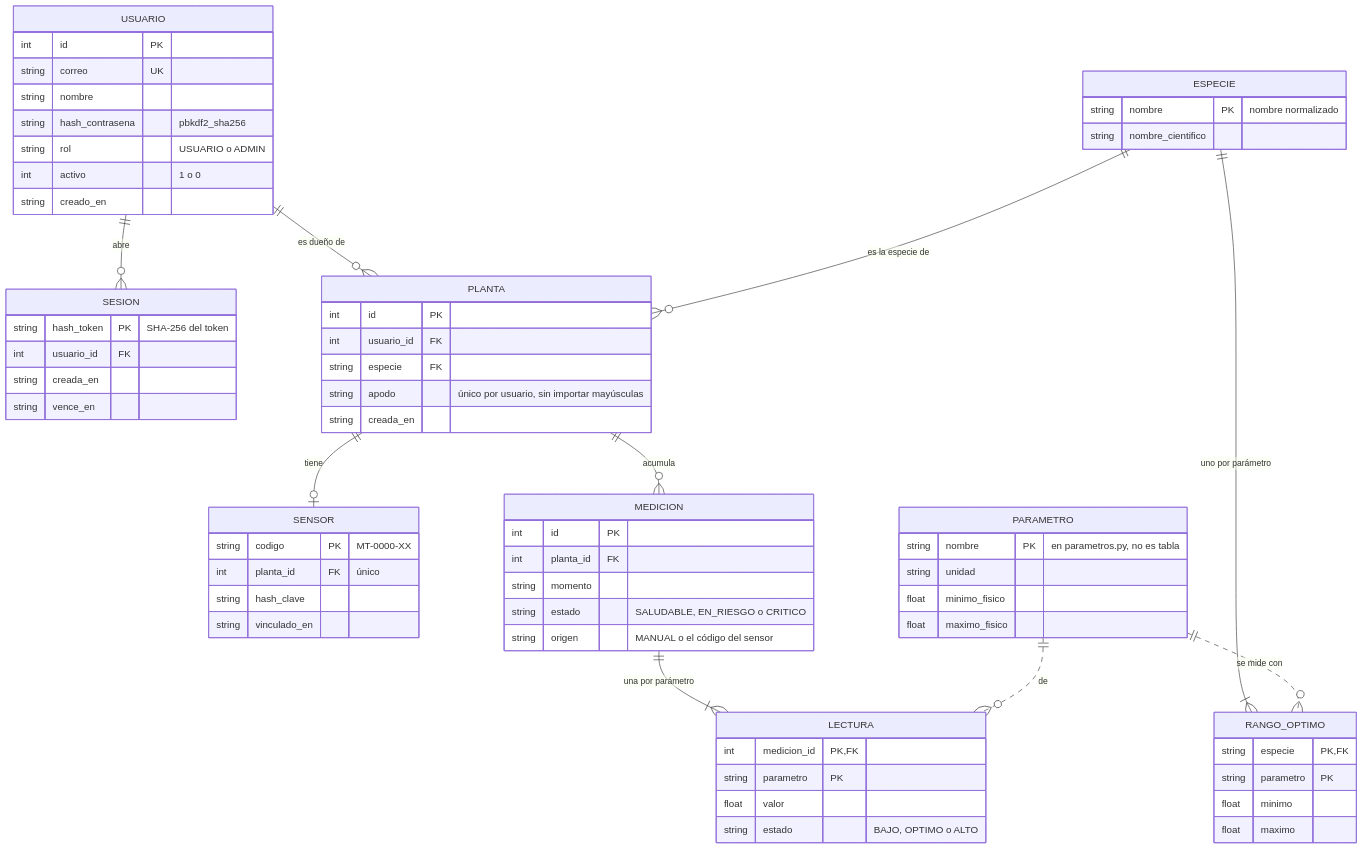
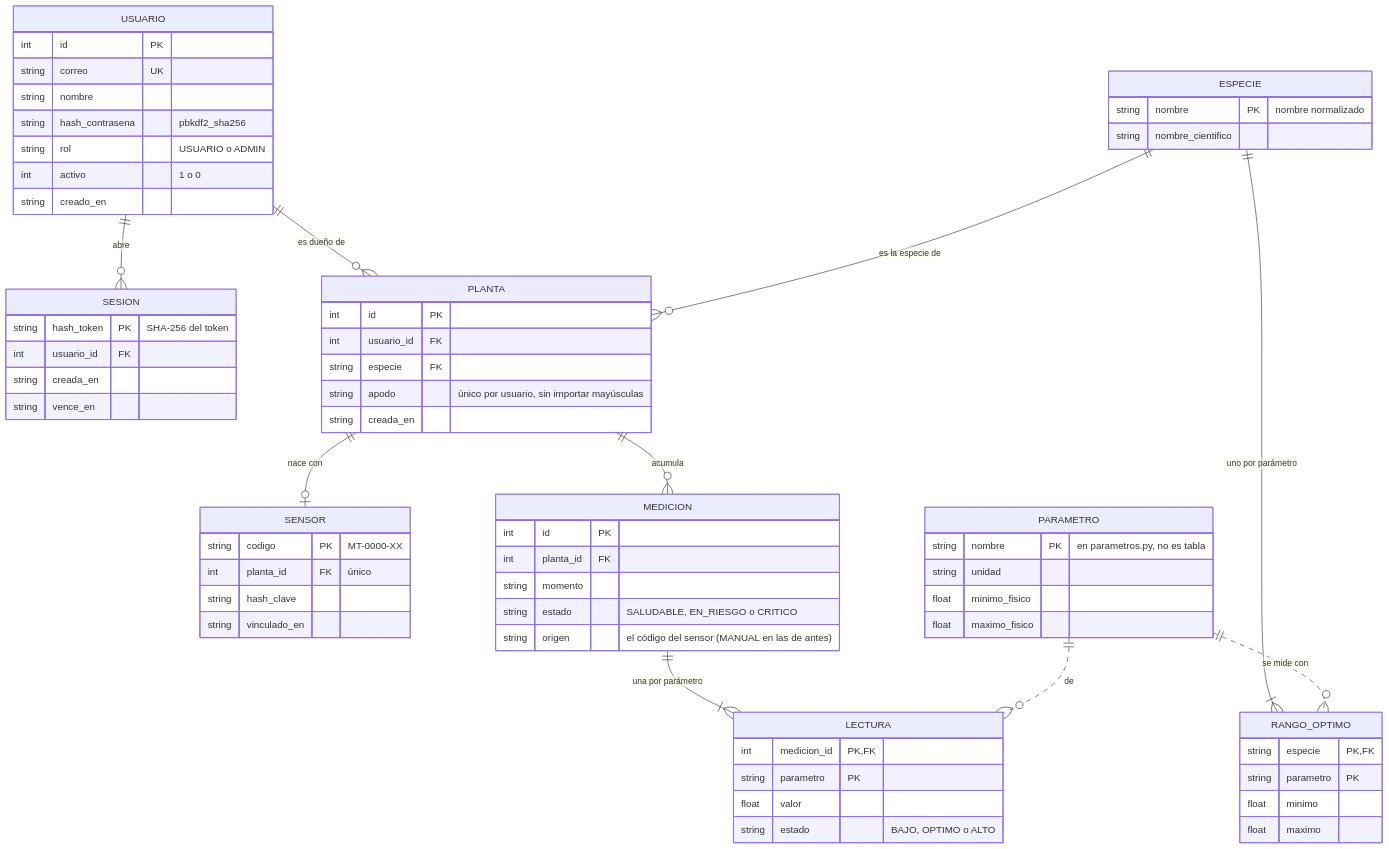
One commit to Pipelol0723/matera-inteligente changed the diagram in docs/diagramas/entidad-relacion-corte2.mmd. Above: the diagram before and after it, drawn with Mermaid. The commit also changed 25 other files, not shown here.

```diff
--- a/docs/diagramas/entidad-relacion-corte2.mmd
+++ b/docs/diagramas/entidad-relacion-corte2.mmd
@@ -1,69 +1,69 @@
 %% Modelo entidad-relación del corte 2 (implementado en backend/datos/esquema.sql): una sola base SQLite.
 %% Las líneas punteadas llegan a PARAMETRO, que sigue en el código y no es una tabla.
 erDiagram
     USUARIO ||--o{ SESION : "abre"
     USUARIO ||--o{ PLANTA : "es dueño de"
     ESPECIE ||--o{ PLANTA : "es la especie de"
     ESPECIE ||--|{ RANGO_OPTIMO : "uno por parámetro"
-    PLANTA ||--o| SENSOR : "tiene"
+    PLANTA ||--o| SENSOR : "nace con"
     PLANTA ||--o{ MEDICION : "acumula"
     MEDICION ||--|{ LECTURA : "una por parámetro"
     PARAMETRO ||..o{ RANGO_OPTIMO : "se mide con"
     PARAMETRO ||..o{ LECTURA : "de"
     USUARIO {
         int id PK
         string correo UK
         string nombre
         string hash_contrasena "pbkdf2_sha256"
         string rol "USUARIO o ADMIN"
         int activo "1 o 0"
         string creado_en
     }
     ESPECIE {
         string nombre PK "nombre normalizado"
         string nombre_cientifico
     }
     RANGO_OPTIMO {
         string especie PK, FK
         string parametro PK
         float minimo
         float maximo
     }
     SESION {
         string hash_token PK "SHA-256 del token"
         int usuario_id FK
         string creada_en
         string vence_en
     }
     PLANTA {
         int id PK
         int usuario_id FK
         string especie FK
         string apodo "único por usuario, sin importar mayúsculas"
         string creada_en
     }
     SENSOR {
         string codigo PK "MT-0000-XX"
         int planta_id FK "único"
         string hash_clave
         string vinculado_en
     }
     MEDICION {
         int id PK
         int planta_id FK
         string momento
         string estado "SALUDABLE, EN_RIESGO o CRITICO"
-        string origen "MANUAL o el código del sensor"
+        string origen "el código del sensor (MANUAL en las de antes)"
     }
     LECTURA {
         int medicion_id PK, FK
         string parametro PK
         float valor
         string estado "BAJO, OPTIMO o ALTO"
     }
     PARAMETRO {
         string nombre PK "en parametros.py, no es tabla"
         string unidad
         float minimo_fisico
         float maximo_fisico
     }
```
